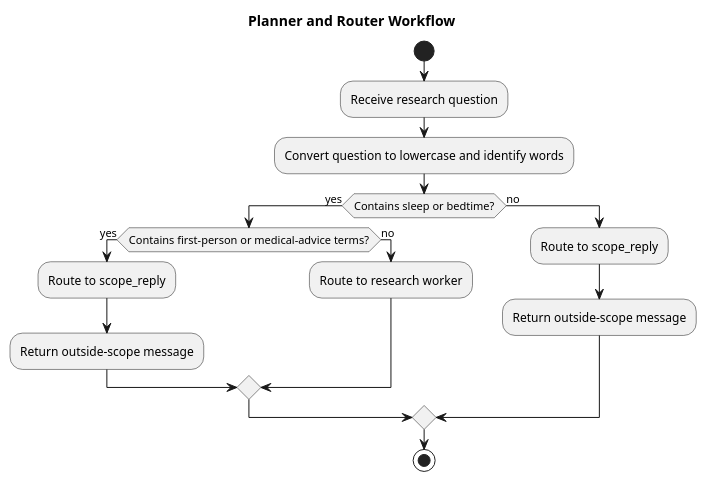
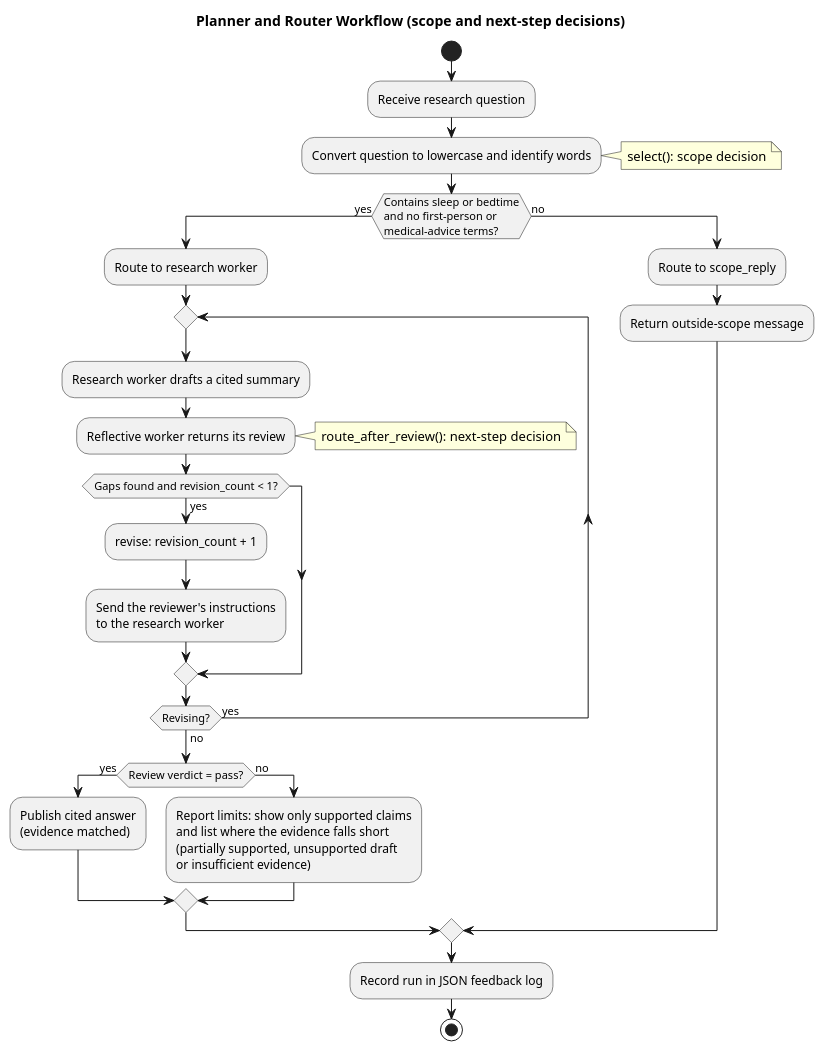
Before and after one commit to vkulesh-netizen/group-1: the diagram in diagrams/router_workflow.puml, drawn with PlantUML. The commit also changed 49 other files, not shown here.

First line of the commit message:
Make reflection and adaptation explicit, add JSON feedback logs, split tool and agent layers

```diff
--- a/diagrams/router_workflow.puml
+++ b/diagrams/router_workflow.puml
@@ -1,21 +1,37 @@
 @startuml
-title Planner and Router Workflow
+title Planner and Router Workflow (scope and next-step decisions)
 
 start
 :Receive research question;
 :Convert question to lowercase and identify words;
+note right: select(): scope decision
 
-if (Contains sleep or bedtime?) then (yes)
-    if (Contains first-person or medical-advice terms?) then (yes)
-        :Route to scope_reply;
-        :Return outside-scope message;
+if (Contains sleep or bedtime\nand no first-person or\nmedical-advice terms?) then (yes)
+    :Route to research worker;
+    repeat
+        :Research worker drafts a cited summary;
+        :Reflective worker returns its review;
+        note right: route_after_review(): next-step decision
+        if (Gaps found and revision_count < 1?) then (yes)
+            :revise: revision_count + 1;
+            :Send the reviewer's instructions
+            to the research worker;
+        endif
+    repeat while (Revising?) is (yes) not (no)
+    if (Review verdict = pass?) then (yes)
+        :Publish cited answer
+        (evidence matched);
     else (no)
-        :Route to research worker;
+        :Report limits: show only supported claims
+        and list where the evidence falls short
+        (partially supported, unsupported draft
+        or insufficient evidence);
     endif
 else (no)
     :Route to scope_reply;
     :Return outside-scope message;
 endif
 
+:Record run in JSON feedback log;
 stop
 @enduml
```
